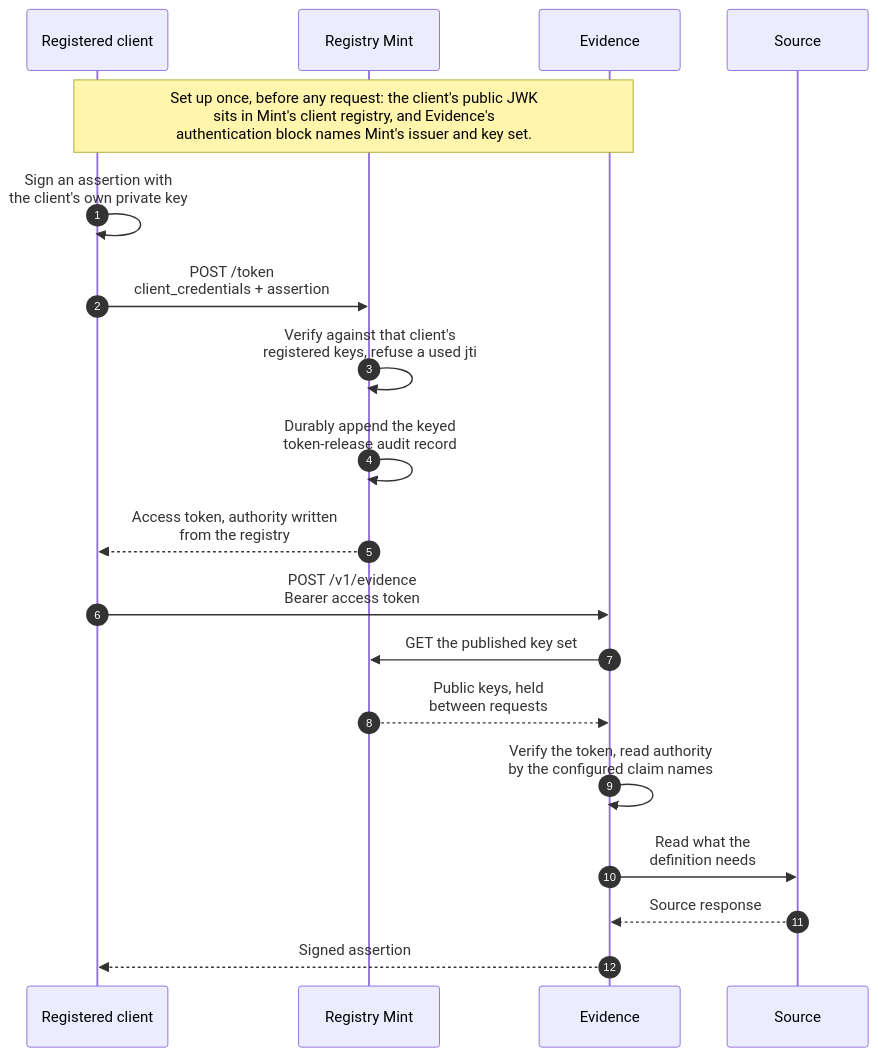
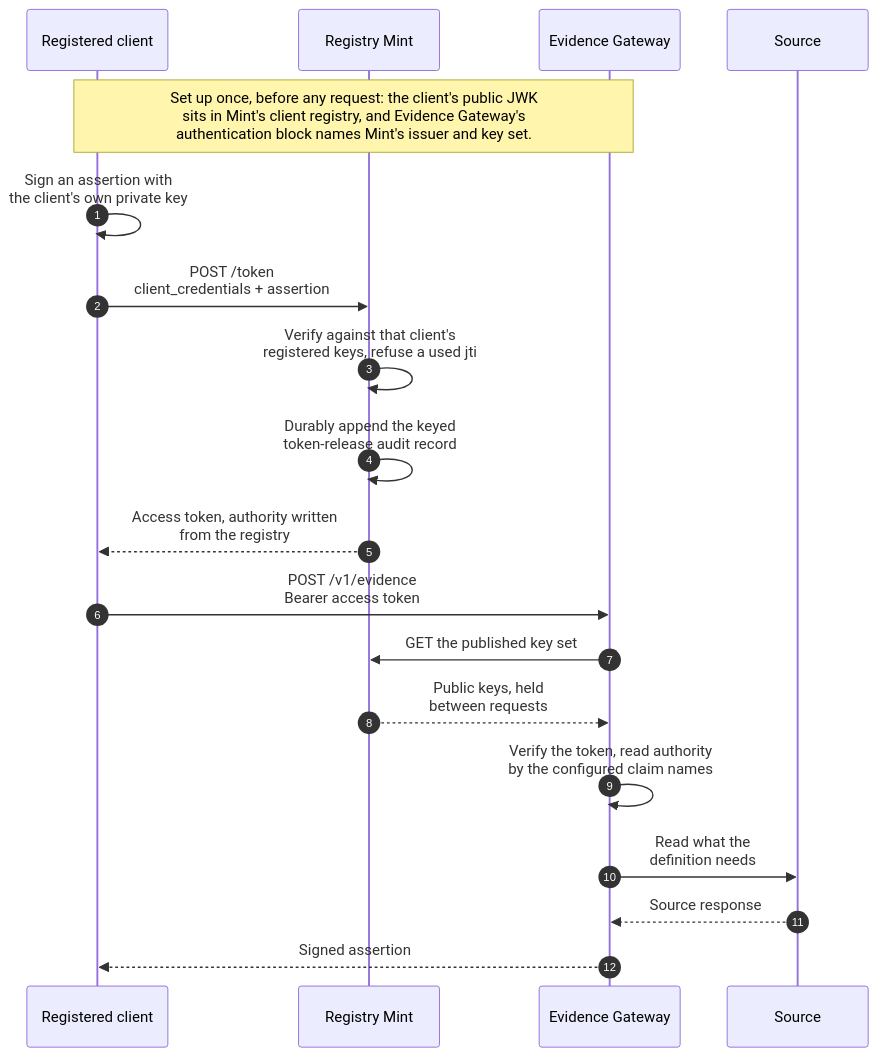
One commit to registrystack/registry-stack changed the diagram in docs/site/src/content/docs/reference/mint.mdx. Above: the diagram before and after it, drawn with Mermaid. The commit also changed other lines of this file and 98 other files, not shown here.

Commit message:
docs(evidence): reorganize Evidence Gateway guidance

````diff
--- a/docs/site/src/content/docs/reference/mint.mdx
+++ b/docs/site/src/content/docs/reference/mint.mdx
@@ -228,24 +228,24 @@
 ```mermaid
 sequenceDiagram
     autonumber
     participant C as Registered client
     participant M as Registry Mint
-    participant E as Evidence
+    participant E as Evidence Gateway
     participant S as Source
 
-    Note over C,E: Set up once, before any request: the client's public JWK<br/>sits in Mint's client registry, and Evidence's<br/>authentication block names Mint's issuer and key set.
+    Note over C,E: Set up once, before any request: the client's public JWK<br/>sits in Mint's client registry, and Evidence Gateway's<br/>authentication block names Mint's issuer and key set.
 
     C->>C: Sign an assertion with<br/>the client's own private key
     C->>M: POST /token<br/>client_credentials + assertion
     M->>M: Verify against that client's<br/>registered keys, refuse a used jti
     M->>M: Durably append the keyed<br/>token-release audit record
     M-->>C: Access token, authority written<br/>from the registry
 
     C->>E: POST /v1/evidence<br/>Bearer access token
     E->>M: GET the published key set
     M-->>E: Public keys, held<br/>between requests
     E->>E: Verify the token, read authority<br/>by the configured claim names
     E->>S: Read what the<br/>definition needs
     S-->>E: Source response
     E-->>C: Signed assertion
 ```
````
